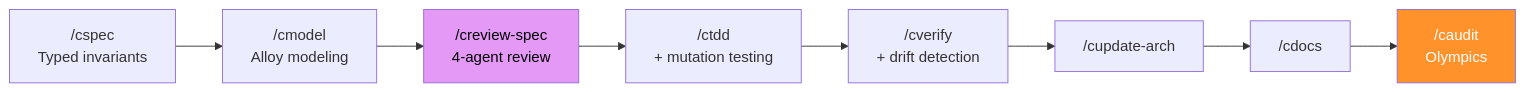
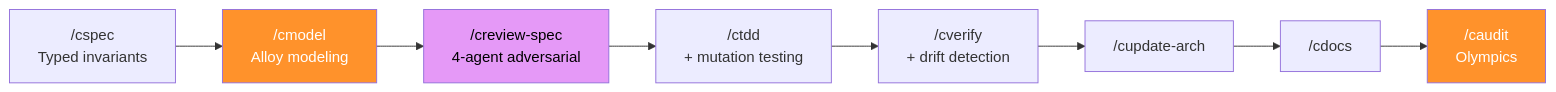
One commit to joshft/correctless changed the second of 6 diagrams in README.md. Above: the diagram before and after it, drawn with Mermaid. The commit also changed other lines of this file and 63 other files, not shown here.

````diff
--- a/README.md
+++ b/README.md
@@ -68,13 +118,14 @@
 ```mermaid
 graph LR
     A["/cspec<br/>Typed invariants"] --> B["/cmodel<br/>Alloy modeling"]
-    B --> C["/creview-spec<br/>4-agent review"]
+    B --> C["/creview-spec<br/>4-agent adversarial"]
     C --> D["/ctdd<br/>+ mutation testing"]
     D --> E["/cverify<br/>+ drift detection"]
     E --> F["/cupdate-arch"]
     F --> G["/cdocs"]
     G --> H["/caudit<br/>Olympics"]
 
+    style B fill:#ff922b,color:#fff
     style C fill:#e599f7,color:#000
     style H fill:#ff922b,color:#fff
 ```
````
